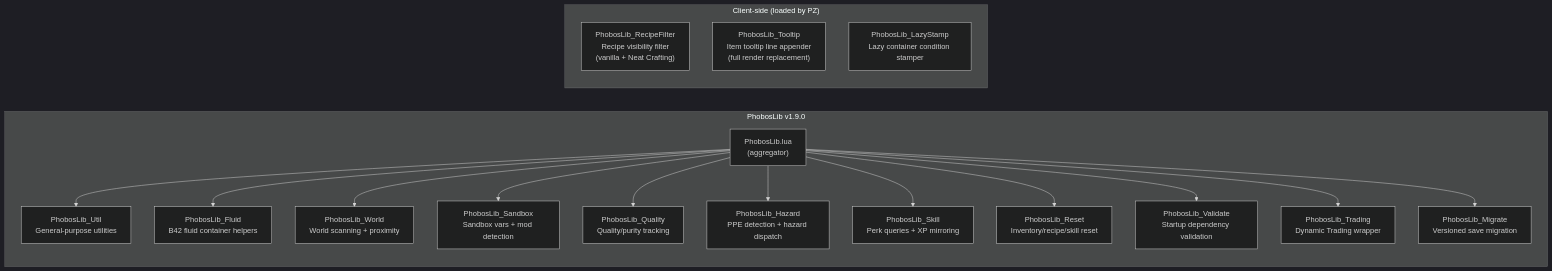
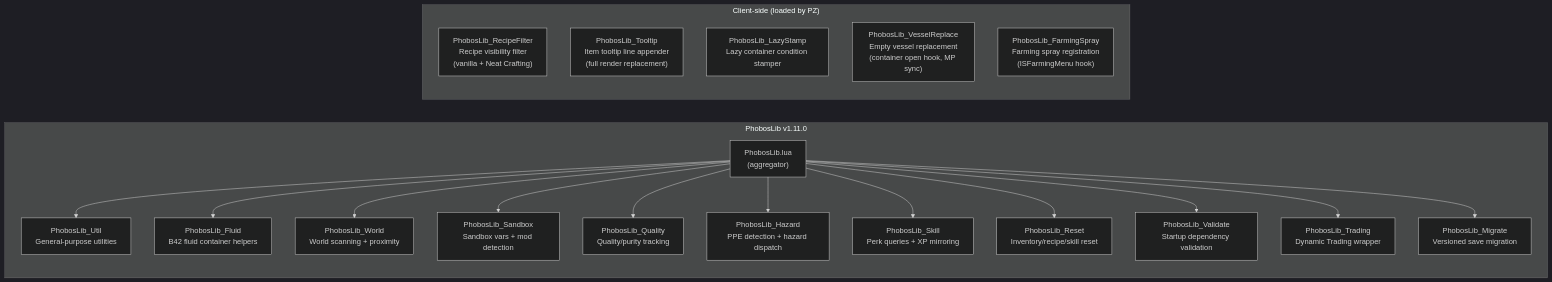
One commit to phobos-dthorga/mod-pz-phobos-lib changed the diagram in docs/diagrams/module-overview.md. Above: the diagram before and after it, drawn with Mermaid (dark theme). The commit also changed other lines of this file and 6 other files, not shown here.

Commit message:
docs: update documentation for v1.11.0 — changelog, README, mermaid diagrams, BBCode

````diff
--- a/docs/diagrams/module-overview.md
+++ b/docs/diagrams/module-overview.md
@@ -24,36 +24,38 @@
 ```mermaid
 graph LR
-    subgraph LIB["PhobosLib v1.9.0"]
+    subgraph LIB["PhobosLib v1.11.0"]
         INIT["PhobosLib.lua<br/>(aggregator)"]
 
         UTIL["PhobosLib_Util<br/>General-purpose utilities"]
         FLUID["PhobosLib_Fluid<br/>B42 fluid container helpers"]
         WORLD["PhobosLib_World<br/>World scanning + proximity"]
         SANDBOX["PhobosLib_Sandbox<br/>Sandbox vars + mod detection"]
         QUALITY["PhobosLib_Quality<br/>Quality/purity tracking"]
         HAZARD["PhobosLib_Hazard<br/>PPE detection + hazard dispatch"]
         SKILL["PhobosLib_Skill<br/>Perk queries + XP mirroring"]
         RESET["PhobosLib_Reset<br/>Inventory/recipe/skill reset"]
         VALIDATE["PhobosLib_Validate<br/>Startup dependency validation"]
         TRADING["PhobosLib_Trading<br/>Dynamic Trading wrapper"]
         MIGRATE["PhobosLib_Migrate<br/>Versioned save migration"]
     end
 
     subgraph CLIENT["Client-side (loaded by PZ)"]
         RF["PhobosLib_RecipeFilter<br/>Recipe visibility filter<br/>(vanilla + Neat Crafting)"]
         TT["PhobosLib_Tooltip<br/>Item tooltip line appender<br/>(full render replacement)"]
         LS["PhobosLib_LazyStamp<br/>Lazy container condition stamper"]
+        VR["PhobosLib_VesselReplace<br/>Empty vessel replacement<br/>(container open hook, MP sync)"]
+        FS["PhobosLib_FarmingSpray<br/>Farming spray registration<br/>(ISFarmingMenu hook)"]
     end
 
     INIT --> UTIL
     INIT --> FLUID
     INIT --> WORLD
     INIT --> SANDBOX
     INIT --> QUALITY
     INIT --> HAZARD
     INIT --> SKILL
     INIT --> RESET
     INIT --> VALIDATE
     INIT --> TRADING
     INIT --> MIGRATE
 ```
````
